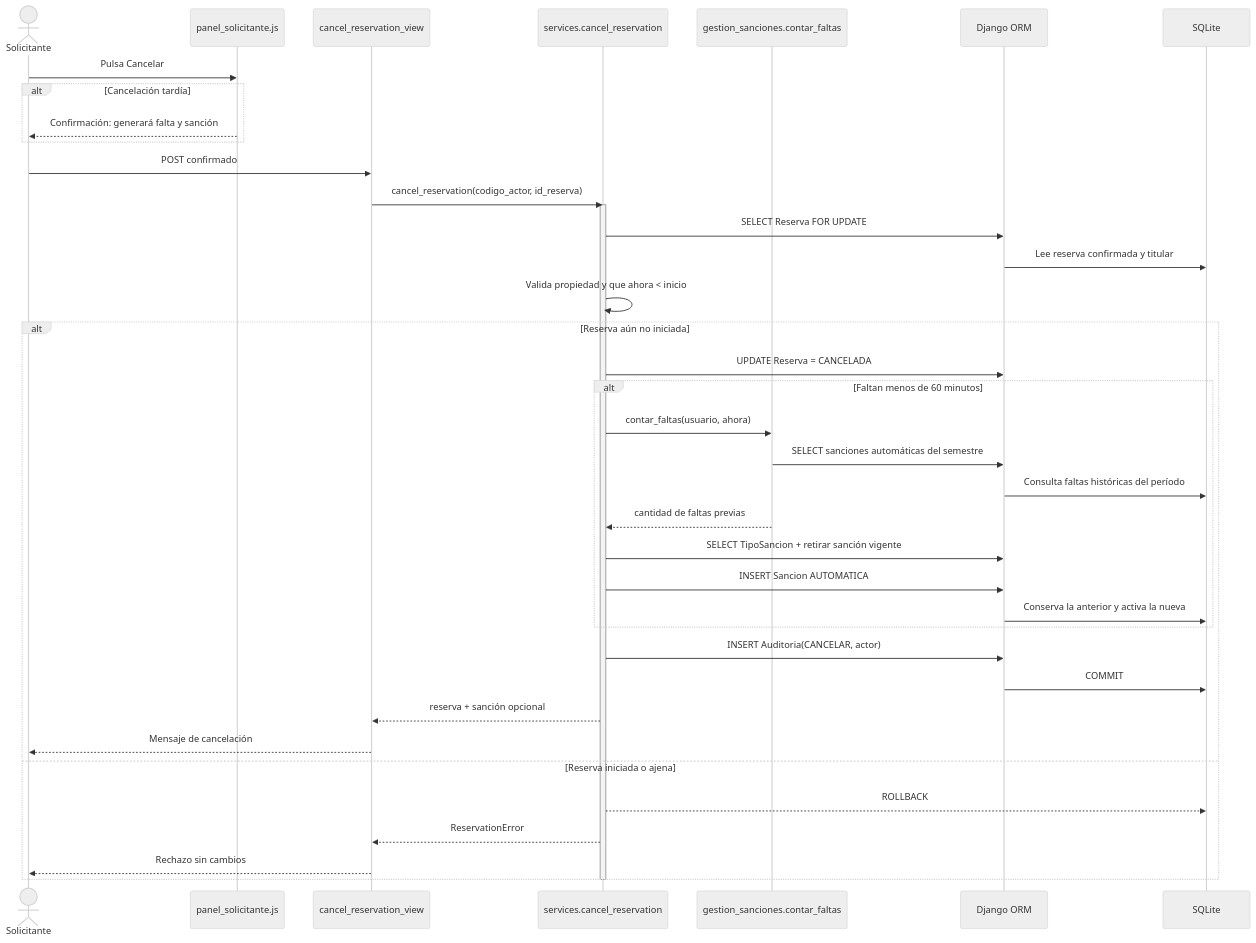
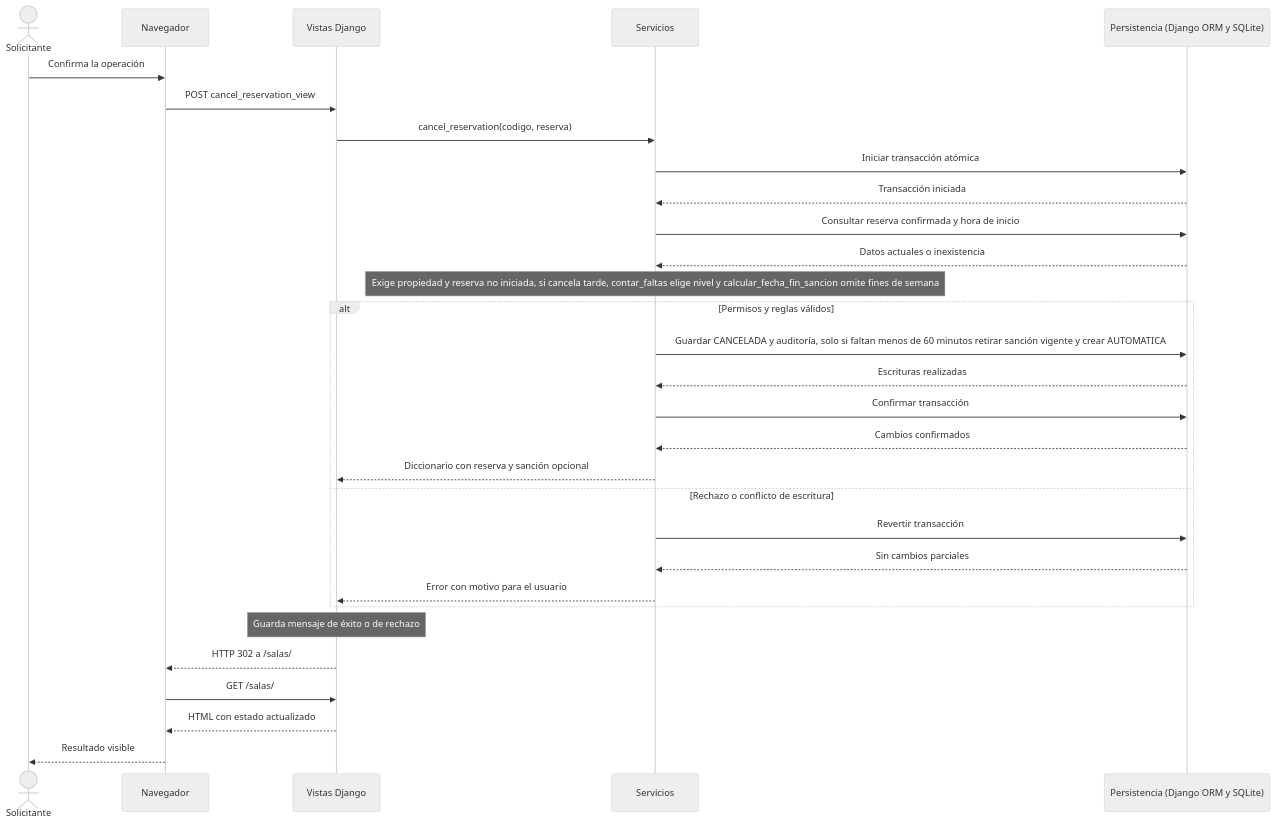
Before and after one commit to Sebas0032/SalaMandra: the third of 14 diagrams in docs/sesion-07-modelos.md, drawn with Mermaid (neutral theme). The commit also changed other lines of this file and 11 other files, not shown here.

Commit message:
Update architecture and test traceability documentation, reorganize use cases, fix diagrams, expand interaction flows, restore weekday-only reservations, consolidate redundant tests, and remove obsolete diagram images

````diff
--- a/docs/sesion-07-modelos.md
+++ b/docs/sesion-07-modelos.md
@@ -248,42 +262,32 @@
 ```mermaid
 sequenceDiagram
-    actor S as Solicitante
-    participant JS as panel_solicitante.js
-    participant V as cancel_reservation_view
-    participant SV as services.cancel_reservation
-    participant GS as gestion_sanciones.contar_faltas
-    participant ORM as Django ORM
-    participant DB as SQLite
-
-    S->>JS: Pulsa Cancelar
-    alt Cancelación tardía
-        JS-->>S: Confirmación: generará falta y sanción
+    actor U as Solicitante
+    participant B as Navegador
+    participant V as Vistas Django
+    participant S as Servicios
+    participant D as Persistencia (Django ORM y SQLite)
+    U->>B: Confirma la operación
+    B->>V: POST cancel_reservation_view
+    V->>S: cancel_reservation(codigo, reserva)
+    S->>D: Iniciar transacción atómica
+    D-->>S: Transacción iniciada
+    S->>D: Consultar reserva confirmada y hora de inicio
+    D-->>S: Datos actuales o inexistencia
+    Note over S: Exige propiedad y reserva no iniciada, si cancela tarde, contar_faltas elige nivel y calcular_fecha_fin_sancion omite fines de semana
+    alt Permisos y reglas válidos
+        S->>D: Guardar CANCELADA y auditoría, solo si faltan menos de 60 minutos retirar sanción vigente y crear AUTOMATICA
+        D-->>S: Escrituras realizadas
+        S->>D: Confirmar transacción
+        D-->>S: Cambios confirmados
+        S-->>V: Diccionario con reserva y sanción opcional
+    else Rechazo o conflicto de escritura
+        S->>D: Revertir transacción
+        D-->>S: Sin cambios parciales
+        S-->>V: Error con motivo para el usuario
     end
-    S->>V: POST confirmado
-    V->>SV: cancel_reservation(codigo_actor, id_reserva)
-    activate SV
-    SV->>ORM: SELECT Reserva FOR UPDATE
-    ORM->>DB: Lee reserva confirmada y titular
-    SV->>SV: Valida propiedad y que ahora < inicio
-    alt Reserva aún no iniciada
-        SV->>ORM: UPDATE Reserva = CANCELADA
-        alt Faltan menos de 60 minutos
-            SV->>GS: contar_faltas(usuario, ahora)
-            GS->>ORM: SELECT sanciones automáticas del semestre
-            ORM->>DB: Consulta faltas históricas del período
-            GS-->>SV: cantidad de faltas previas
-            SV->>ORM: SELECT TipoSancion + retirar sanción vigente
-            SV->>ORM: INSERT Sancion AUTOMATICA
-            ORM->>DB: Conserva la anterior y activa la nueva
-        end
-        SV->>ORM: INSERT Auditoria(CANCELAR, actor)
-        ORM->>DB: COMMIT
-        SV-->>V: reserva + sanción opcional
-        V-->>S: Mensaje de cancelación
-    else Reserva iniciada o ajena
-        SV-->>DB: ROLLBACK
-        SV-->>V: ReservationError
-        V-->>S: Rechazo sin cambios
-    end
-    deactivate SV
+    Note over V: Guarda mensaje de éxito o de rechazo
+    V-->>B: HTTP 302 a /salas/
+    B->>V: GET /salas/
+    V-->>B: HTML con estado actualizado
+    B-->>U: Resultado visible
 ```
````
